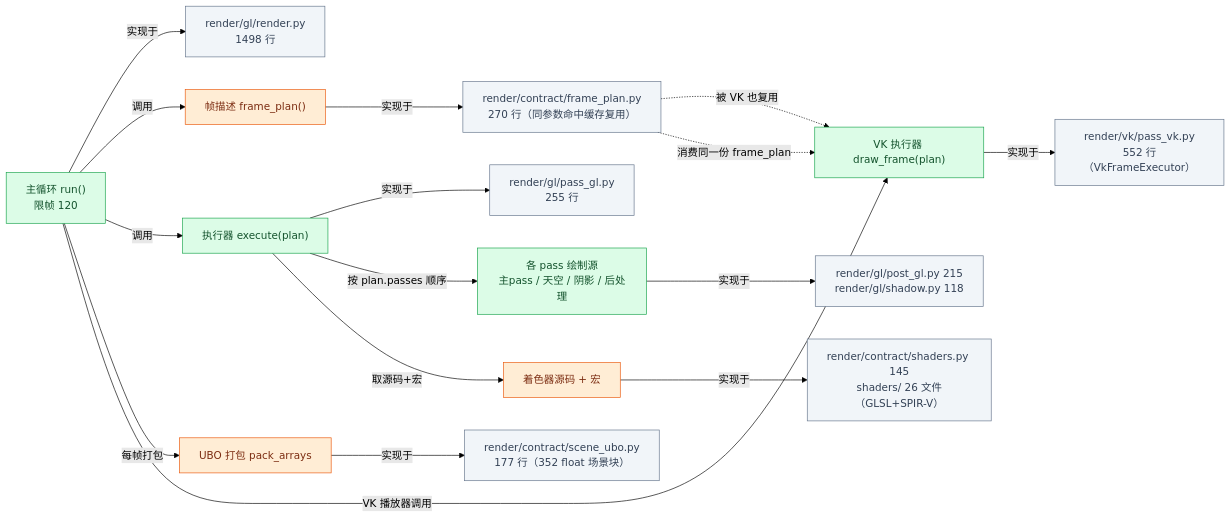
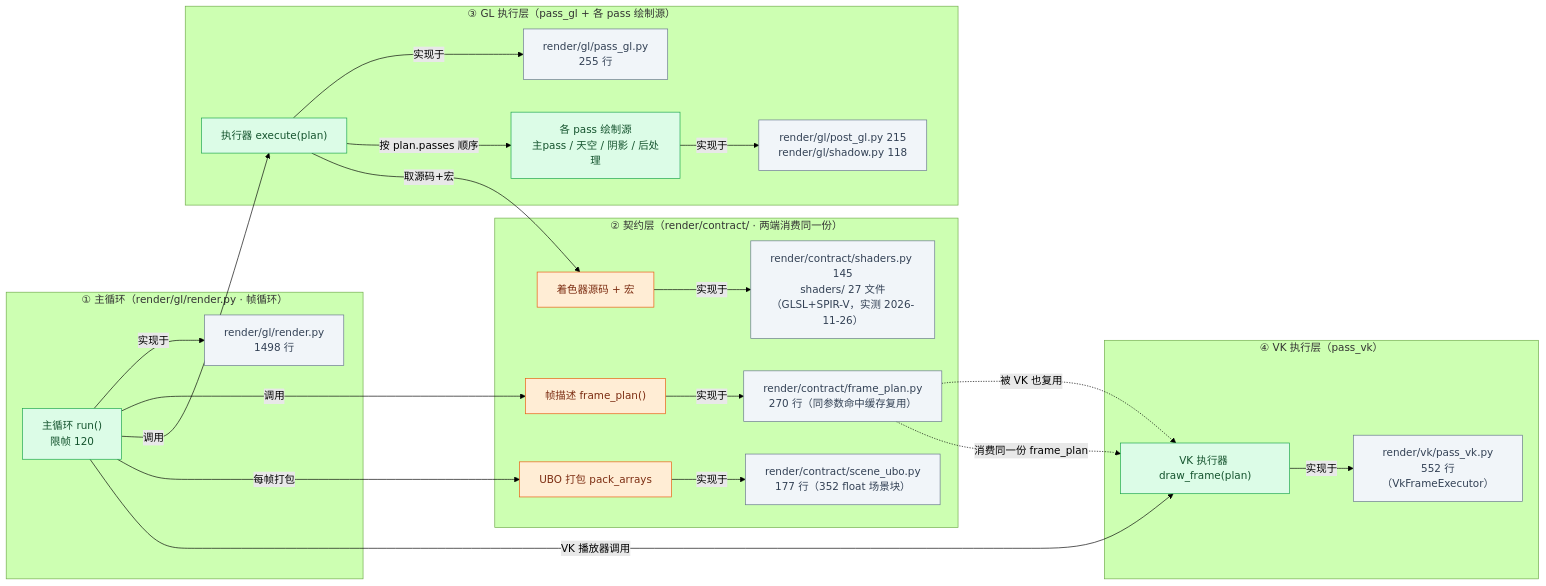
One commit to lhy302/WeaveEngine changed the fifth of 23 diagrams in ARCHITECTURE.md. Above: the diagram before and after it, drawn with Mermaid (forest theme). The commit also changed other lines of this file, not shown here.

Commit message:
docs: 图 2~7 全部改为功能模块分框结构（图 1 样板推广：subgraph=归属目录+职责，框内=真实文件，跨框连线=模块关系）

````diff
--- a/ARCHITECTURE.md
+++ b/ARCHITECTURE.md
@@ -340,35 +368,43 @@
 ```mermaid
 flowchart LR
-  R1["主循环 run()<br/>限帧 120"]:::impl
-  F1["render/gl/render.py<br/>1498 行"]:::file
-  R2["帧描述 frame_plan()"]:::contract
-  F2["render/contract/frame_plan.py<br/>270 行（同参数命中缓存复用）"]:::file
-  R3["执行器 execute(plan)"]:::impl
-  F3["render/gl/pass_gl.py<br/>255 行"]:::file
-  R3b["VK 执行器 draw_frame(plan)"]:::impl
-  F3b["render/vk/pass_vk.py<br/>552 行（VkFrameExecutor）"]:::file
-  R4["各 pass 绘制源<br/>主pass / 天空 / 阴影 / 后处理"]:::impl
-  F4["render/gl/post_gl.py 215<br/>render/gl/shadow.py 118"]:::file
-  R5["UBO 打包 pack_arrays"]:::contract
-  F5["render/contract/scene_ubo.py<br/>177 行（352 float 场景块）"]:::file
-  R6["着色器源码 + 宏"]:::contract
-  F6["render/contract/shaders.py 145<br/>shaders/ 26 文件（GLSL+SPIR-V）"]:::file
+  subgraph MAIN["① 主循环（render/gl/render.py · 帧循环）"]
+    R1["主循环 run()<br/>限帧 120"]:::impl
+    F1["render/gl/render.py<br/>1498 行"]:::file
+  end
+  subgraph CONTRACT["② 契约层（render/contract/ · 两端消费同一份）"]
+    R2["帧描述 frame_plan()"]:::contract
+    F2["render/contract/frame_plan.py<br/>270 行（同参数命中缓存复用）"]:::file
+    R5["UBO 打包 pack_arrays"]:::contract
+    F5["render/contract/scene_ubo.py<br/>177 行（352 float 场景块）"]:::file
+    R6["着色器源码 + 宏"]:::contract
+    F6["render/contract/shaders.py 145<br/>shaders/ 27 文件（GLSL+SPIR-V，实测 2026-11-26）"]:::file
+  end
+  subgraph GLEXE["③ GL 执行层（pass_gl + 各 pass 绘制源）"]
+    R3["执行器 execute(plan)"]:::impl
+    F3["render/gl/pass_gl.py<br/>255 行"]:::file
+    R4["各 pass 绘制源<br/>主pass / 天空 / 阴影 / 后处理"]:::impl
+    F4["render/gl/post_gl.py 215<br/>render/gl/shadow.py 118"]:::file
+  end
+  subgraph VKEXE["④ VK 执行层（pass_vk）"]
+    R3b["VK 执行器 draw_frame(plan)"]:::impl
+    F3b["render/vk/pass_vk.py<br/>552 行（VkFrameExecutor）"]:::file
+  end
   R1 -->|实现于| F1
   R1 -->|调用| R2
   R2 -->|实现于| F2
   R1 -->|调用| R3
   R3 -->|实现于| F3
   R3 -->|按 plan.passes 顺序| R4
   R4 -->|实现于| F4
   R1 -->|每帧打包| R5
   R5 -->|实现于| F5
   R3 -->|取源码+宏| R6
   R6 -->|实现于| F6
-  F2 -.->|被 VK 也复用| R3b
   R1 -->|VK 播放器调用| R3b
   R3b -->|实现于| F3b
+  F2 -.->|被 VK 也复用| R3b
   F2 -.->|消费同一份 frame_plan| R3b
   classDef impl fill:#dcfce7,stroke:#16a34a,color:#14532d
   classDef contract fill:#ffedd5,stroke:#ea580c,color:#7c2d12
   classDef file fill:#f1f5f9,stroke:#64748b,color:#334155
 ```
````
